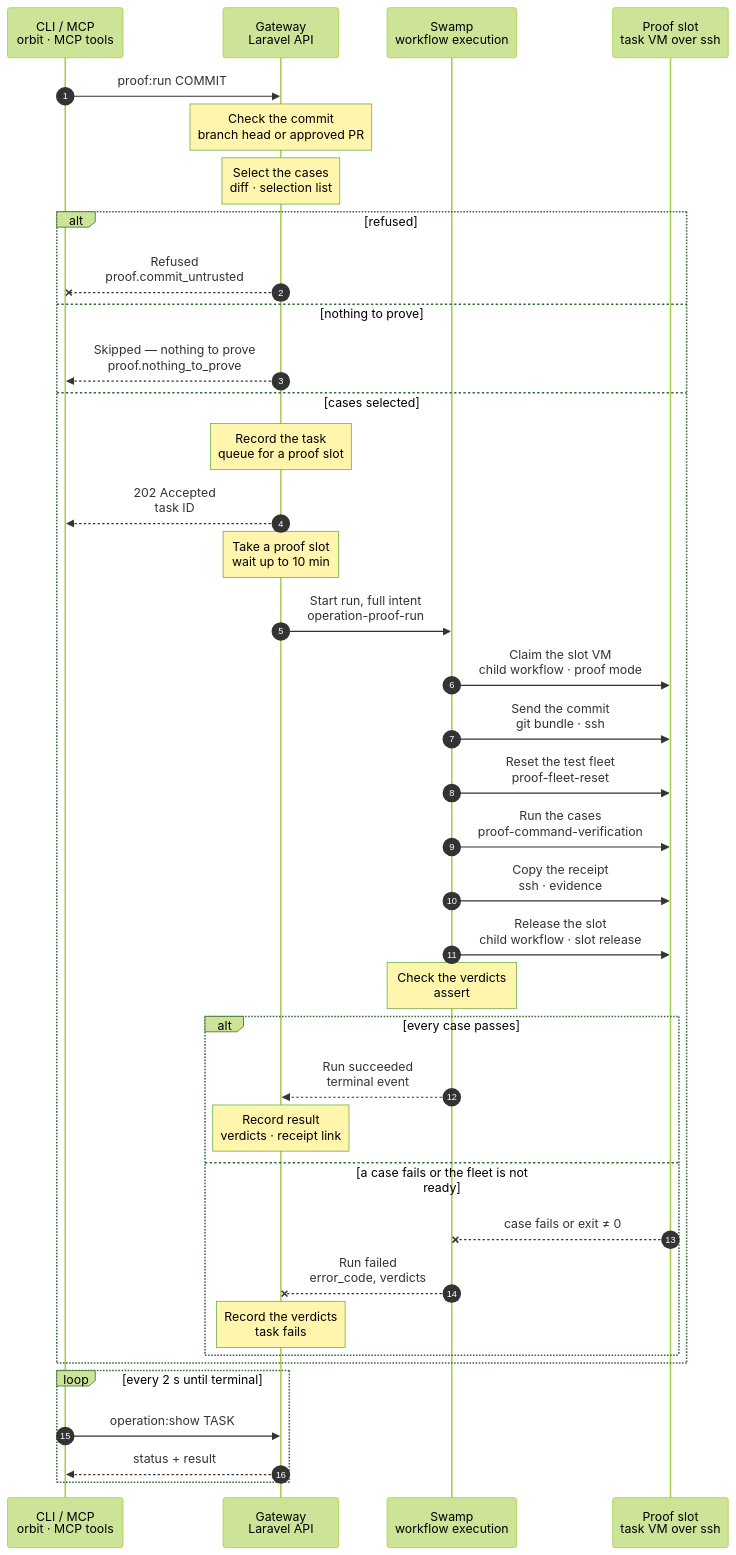
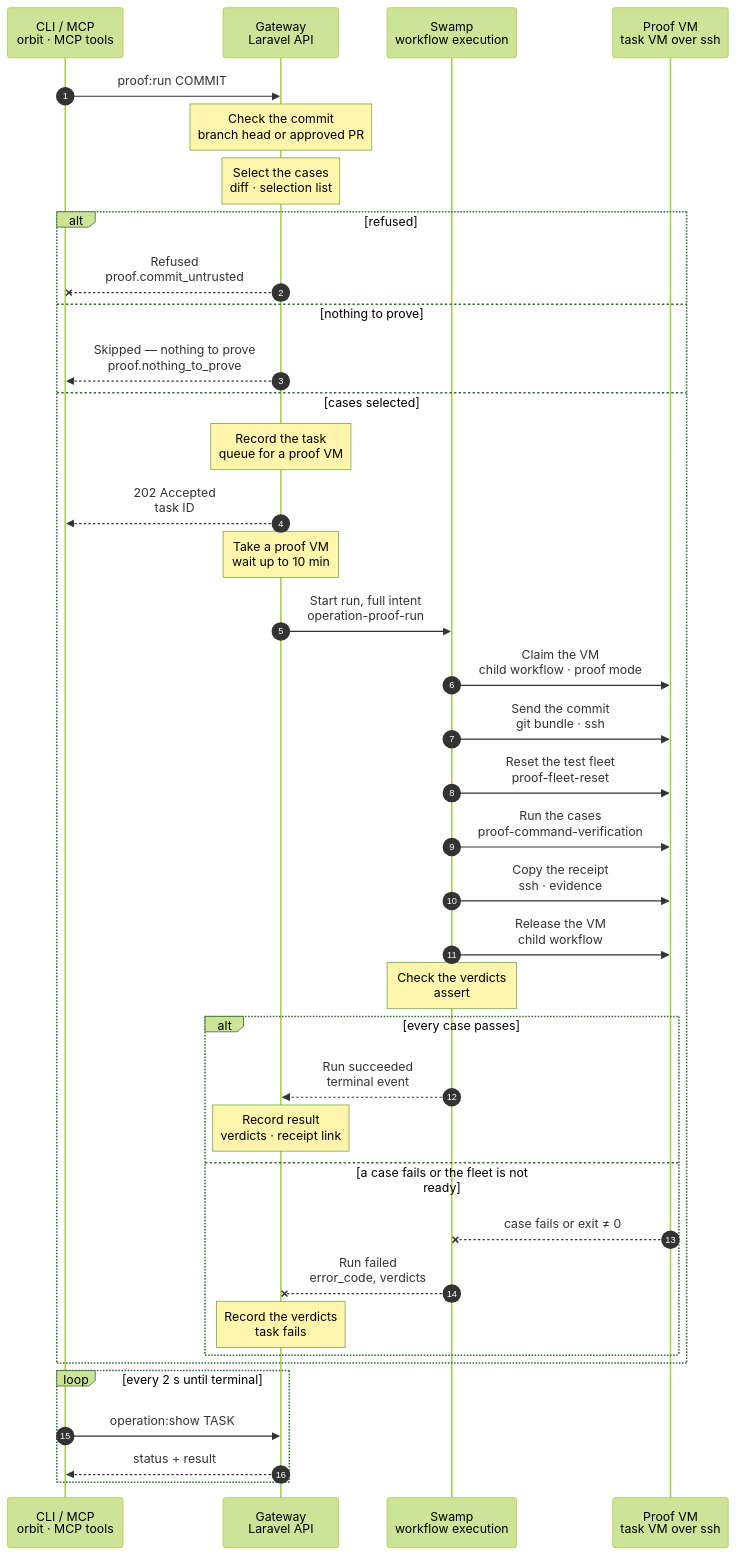
Before and after one commit to hardimpactdev/orbit: the diagram in docs/cli/proof/run.mmd, drawn with Mermaid (forest theme). The commit also changed 113 other files, not shown here.

First line of the commit message:
Remove the task VM slot concept

```diff
--- a/docs/cli/proof/run.mmd
+++ b/docs/cli/proof/run.mmd
@@ -1,141 +1,139 @@
 sequenceDiagram
-  %% Target design: VM CI (verifying-commands skill, "Run the same proof in development and CI"), docs/reference/feature-flow.md "The VM job", docs/reference/compute-drivers.md (Task VM slots), swamp/proof/reset/README.md, DECISIONS R1-R4.
+  %% Target design: VM CI (verifying-commands skill, "Run the same proof in development and CI"), docs/reference/feature-flow.md "The VM job", swamp/proof/reset/README.md, DECISIONS R1-R4.
   %% status: draft
   %% command: proof:run
   %% kind: proof.run
   autonumber
   %% lane CLI icon=terminal pill=caller tone=gray
   %% lane GW icon=gateway pill=intent tone=blue
   %% lane SW icon=workflow pill=executes tone=green
   %% lane S icon=server pill=target tone=amber
   participant CLI as CLI / MCP<br/>orbit · MCP tools
   participant GW as Gateway<br/>Laravel API
   participant SW as Swamp<br/>workflow execution
-  participant S as Proof slot<br/>task VM over ssh
+  participant S as Proof VM<br/>task VM over ssh
   CLI->>GW: proof:run COMMIT
   %%> Command:
   %%> - `orbit proof:run COMMIT`
   %%> - syntax: `<commit> [--all] [--idempotency-key=KEY] [--json]`
   %%> Input:
   %%> - the full commit SHA and nothing else; Orbit selects the cases itself
   Note over GW: Check the commit<br/>branch head or approved PR
   %%> Requirements:
   %%> - the calling Node has an access grant to the Gateway Node
   %%> - the SHA is a full lowercase SHA that the Orbit repository has
   %%> - the commit is the head of a branch of the Orbit repository
   %%> - or it is the head of an open pull request from elsewhere that carries the label `run-proofs` and has an approving review of exactly that commit from a maintainer
   %%> Why:
   %%> - a pull request from outside can carry any code; Orbit runs it only after a maintainer approved that exact commit
   %%> - the Gateway reads GitHub with its App token and fetches no code here
   Note over GW: Select the cases<br/>diff · selection list
   %%> What it does:
   %%> - lists the files that differ between the commit and its merge base with `main`
   %%> - maps each path with the selection list of the commit; the last matching line wins
   %%> - selects every case when the selection list changed or the file list is incomplete
   %%> Result:
   %%> - the selected case programs, and the paths that no case covers
   alt refused
     GW--xCLI: Refused<br/>proof.commit_untrusted
     %%> When:
     %%> - the commit is not trusted (`proof.commit_untrusted`) or unknown (`proof.commit_not_found`)
     %%> - a changed path matches no line of the selection list (`proof.path_unmapped`)
     %%> - the calling Node has no access grant (`node_access.required`)
     %%> - GitHub cannot be read, so the commit or its diff cannot be checked (`proof.github_unavailable`)
     %%> - the selection list is malformed (`proof.selection_invalid`)
     %%> - cases are selected and proof execution is switched off (`proof.execution_disabled`): the error holds the selected cases and the uncovered paths
     %%> Result:
     %%> - nothing is recorded and nothing starts
   else nothing to prove
     GW-->>CLI: Skipped — nothing to prove<br/>proof.nothing_to_prove
     %%> Result:
     %%> - only paths that need no proof changed, such as documentation and charts
-    %%> - no slot is taken and nothing runs
+    %%> - no VM is taken and nothing runs
     %%> - the task is recorded as succeeded, with no run
     %%> - paths marked as having no case yet are listed in the result
   else cases selected
-    Note over GW: Record the task<br/>queue for a proof slot
+    Note over GW: Record the task<br/>queue for a proof VM
     %%> Result:
     %%> - a task is recorded with the full intent
     GW-->>CLI: 202 Accepted<br/>task ID
-    Note over GW: Take a proof slot<br/>wait up to 10 min
+    Note over GW: Take a proof VM<br/>wait up to 10 min
     %%> Requirements:
-    %%> - an active task VM host has a `free` slot; a slot that a task holds is never taken
-    %%> - a host gives at most 3 of its slots to proofs at once
-    %%> - one SQLite transaction takes the slot, so two runs never get the same one
+    %%> - a VM is free for the proof; one SQLite transaction takes it, so two runs never get the same one
     %%> When it waits:
-    %%> - no slot is free: the task waits (`capacity`) and starts when a slot is released
-    %%> - after the wait the task fails with `proof.no_slot`; nothing has started
+    %%> - no VM is free: the task waits (`capacity`) and starts when a VM is released
+    %%> - after the wait the task fails with `proof.no_vm`; nothing has started
     %%> Credential:
     %%> - the Gateway mints a short-lived, read-only GitHub token and pushes it to the vault under a key name
     GW->>SW: Start run, full intent<br/>operation-proof-run
     %%> Inputs:
     %%> - the commit, the selected case programs and the paths no case covers
-    %%> - the slot name, host and image fingerprint
+    %%> - the VM name, host and image fingerprint
     %%> - the vault key name of the token, never its value
-    SW->>S: Claim the slot VM<br/>child workflow · proof mode
+    SW->>S: Claim the VM<br/>child workflow · proof mode
     %%> What it does:
     %%> - the shared claim phases: clone the topology seed, create the VM, start it, check it
     %%> Proof mode:
-    %%> - the identity volume is not mounted: no Pi token, no model key, no real-fleet key
-    %%> - the slot has no route to the real Gateway or to other Nodes
+    %%> - the VM gets no Pi token, no model key and no real-fleet key
+    %%> - the VM has no route to the real Gateway or to other Nodes
     SW->>S: Send the commit<br/>git bundle · ssh
     %%> What it does:
-    %%> - Swamp fetches the commit with the vault token and sends only the new commits to the checkout in the slot
+    %%> - Swamp fetches the commit with the vault token and sends only the new commits to the checkout in the VM
     %%> - the checkout ends clean at the exact commit
     %%> Why:
-    %%> - the slot holds code, never a token
+    %%> - the VM holds code, never a token
     SW->>S: Reset the test fleet<br/>proof-fleet-reset
     %%> What it does:
     %%> - boots the three ready nested VMs (Gateway with Swamp, `app-dev`, `app-prod`) from the snapshot
-    %%> - applies the commit, joins the slot as the operator, and waits for fresh agent facts
+    %%> - applies the commit, joins the VM as the operator, and waits for fresh agent facts
     %%> On failure:
     %%> - no case runs; all selected cases end `unrun`
     SW->>S: Run the cases<br/>proof-command-verification
     %%> What it does:
     %%> - runs each selected case program in order against the fleet, with the real CLI built from the commit
     %%> - a case exits 0 (passed), 1 (failed) or 2 (unrun) and removes what it created
     %%> - compares the state each case touched with its state before the case; leftovers fail the case
     %%> - a case that needs a clean fleet gets a new reset
     %%> Not included:
     %%> - a command without a case program runs nothing and is listed as uncovered
     SW->>S: Copy the receipt<br/>ssh · evidence
     %%> What it does:
     %%> - copies case results, observations, Doctor findings, timings and run references to the receipt store, without secrets
     %%> When:
     %%> - always, also after a failure
-    SW->>S: Release the slot<br/>child workflow · slot release
+    SW->>S: Release the VM<br/>child workflow
     %%> What it does:
-    %%> - releases the nested fleet, deletes the slot VM and its seed clone, and keeps the identity volume
+    %%> - releases the nested fleet, deletes the VM and its seed clone
     %%> When:
     %%> - always, after the receipt is copied
     Note over SW: Check the verdicts<br/>assert
     %%> End check:
     %%> - every selected case has a verdict `passed`
     alt every case passes
       SW-->>GW: Run succeeded<br/>terminal event
       %%> How the Gateway learns it:
       %%> - its run reader sees the terminal event; Swamp never calls the Gateway
       Note over GW: Record result<br/>verdicts · receipt link
       %%> Result:
-      %%> - the slot becomes `free` and the task succeeds
+      %%> - the task succeeds
       %%> - the result lists each case, the uncovered paths and the receipt link
     else a case fails or the fleet is not ready
       S--xSW: case fails or exit ≠ 0
       SW--xGW: Run failed<br/>error_code, verdicts
       Note over GW: Record the verdicts<br/>task fails
       %%> Result:
       %%> - `proof.cases_failed` when a case failed or did not run
       %%> - `proof.run_failed` when the fleet never became ready: every selected case is `unrun`
       %%> - each case is `passed`, `failed` or `unrun`; the receipt keeps the failed assertion and the command output
-      %%> On the slot:
+      %%> On the VM:
       %%> - the fleet and the VM are released also after a failure; only the receipt remains
-      %%> - if the release fails, the slot becomes `failed` and no run can take it
-      %%> - the verdicts stay as they are, and the host sweep releases the slot again
+      %%> - if the release fails, the failure shows in the operation
+      %%> - the verdicts stay as they are
       %%> Retry:
       %%> - run the command again after the fix; it is a new run
     end
   end
   loop every 2 s until terminal
     CLI->>GW: operation:show TASK
     GW-->>CLI: status + result
   end
```
